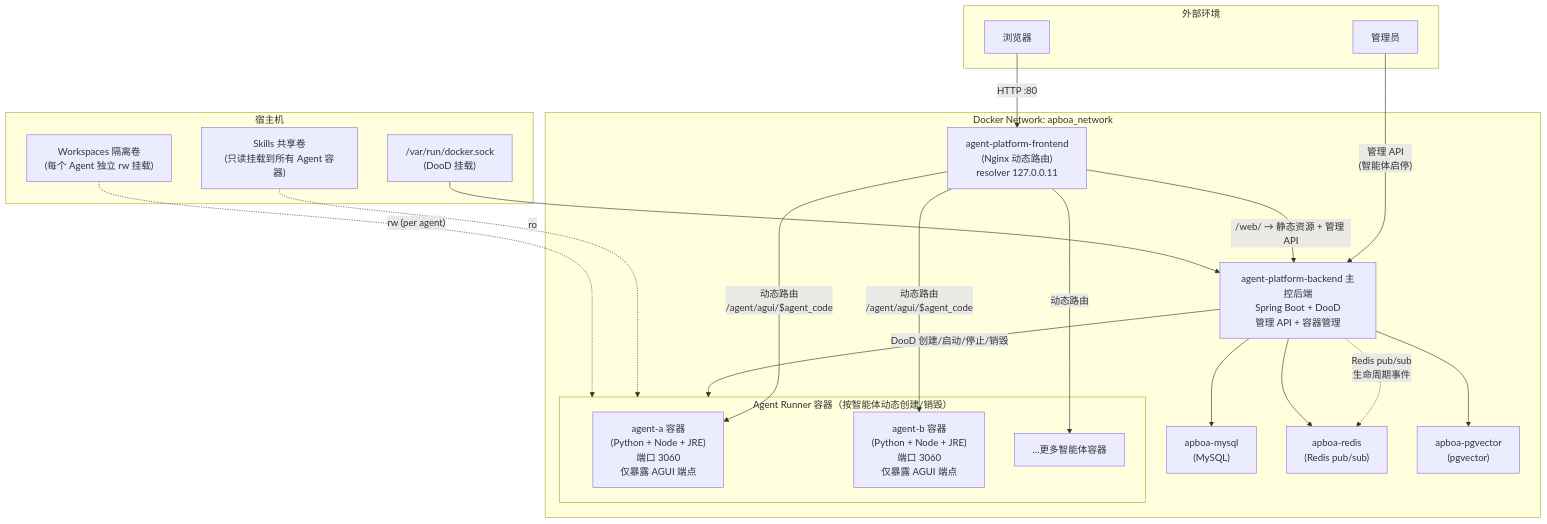
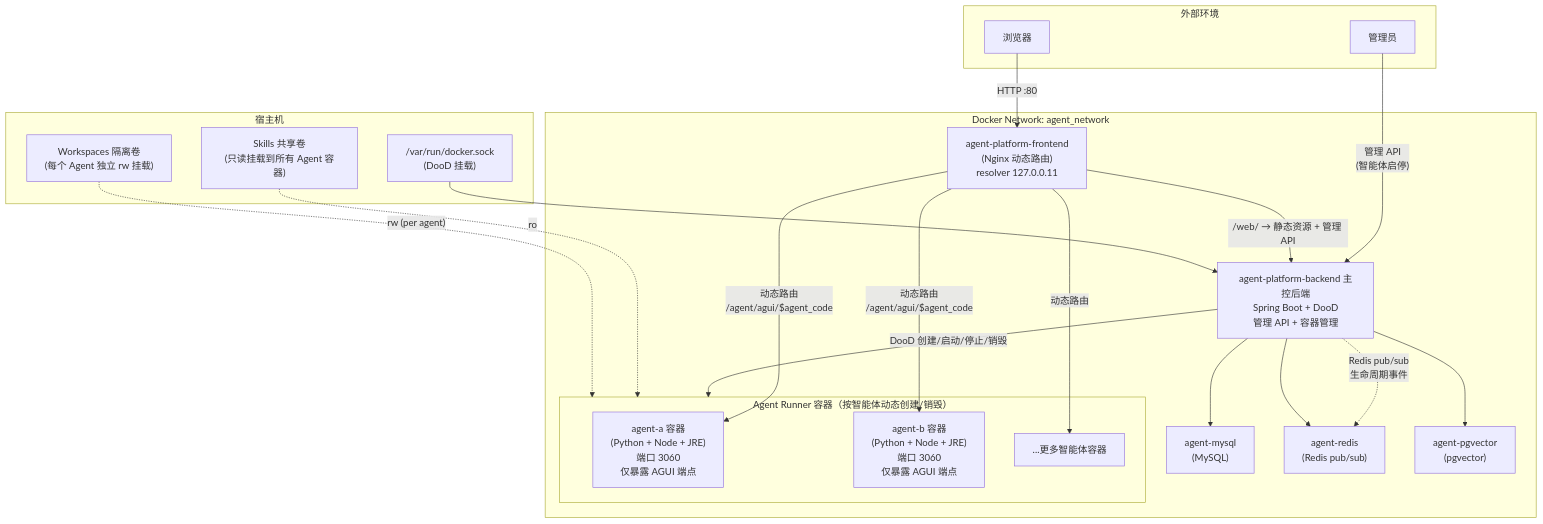
The fifth of 5 diagrams in source/agent-platform-ui/src/doc/content/build-doc/index.md (frankrich92/agent-platform), drawn with Mermaid before and after one commit. The commit also changed other lines of this file and 13 other files, not shown here.

````diff
--- a/source/agent-platform-ui/src/doc/content/build-doc/index.md
+++ b/source/agent-platform-ui/src/doc/content/build-doc/index.md
@@ -453,46 +453,46 @@
 ```mermaid
 graph TD
     subgraph External["外部环境"]
         Browser["浏览器"]
         Admin["管理员"]
     end
 
-    subgraph DockerNetwork["Docker Network: apboa_network"]
+    subgraph DockerNetwork["Docker Network: agent_network"]
         Nginx["agent-platform-frontend\n(Nginx 动态路由)\nresolver 127.0.0.11"]
 
         Backend["agent-platform-backend 主控后端\nSpring Boot + DooD\n管理 API + 容器管理"]
 
-        MySQL["apboa-mysql\n(MySQL)"]
-        Redis["apboa-redis\n(Redis pub/sub)"]
-        Pgvector["apboa-pgvector\n(pgvector)"]
+        MySQL["agent-mysql\n(MySQL)"]
+        Redis["agent-redis\n(Redis pub/sub)"]
+        Pgvector["agent-pgvector\n(pgvector)"]
 
         subgraph AgentContainers["Agent Runner 容器（按智能体动态创建/销毁）"]
             AgentA["agent-a 容器\n(Python + Node + JRE)\n端口 3060\n仅暴露 AGUI 端点"]
             AgentB["agent-b 容器\n(Python + Node + JRE)\n端口 3060\n仅暴露 AGUI 端点"]
             AgentC["...更多智能体容器"]
         end
     end
 
     subgraph Host["宿主机"]
         DockerSocket["/var/run/docker.sock\n(DooD 挂载)"]
         SkillsVol["Skills 共享卷\n(只读挂载到所有 Agent 容器)"]
         WorkspacesVol["Workspaces 隔离卷\n(每个 Agent 独立 rw 挂载)"]
     end
 
     Admin -->|"管理 API\n(智能体启停)"| Backend
     Browser -->|"HTTP :80"| Nginx
     Nginx -->|"/web/ → 静态资源 + 管理 API"| Backend
     Nginx -->|"动态路由\n/agent/agui/$agent_code"| AgentA
     Nginx -->|"动态路由\n/agent/agui/$agent_code"| AgentB
     Nginx -->|"动态路由"| AgentC
 
     Backend -->|"DooD 创建/启动/停止/销毁"| AgentContainers
     Backend -.->|"Redis pub/sub\n生命周期事件"| Redis
     Backend --> MySQL
     Backend --> Redis
     Backend --> Pgvector
 
     DockerSocket --> Backend
     SkillsVol -.->|"ro"| AgentContainers
     WorkspacesVol -.->|"rw (per agent)"| AgentContainers
 ```
````
